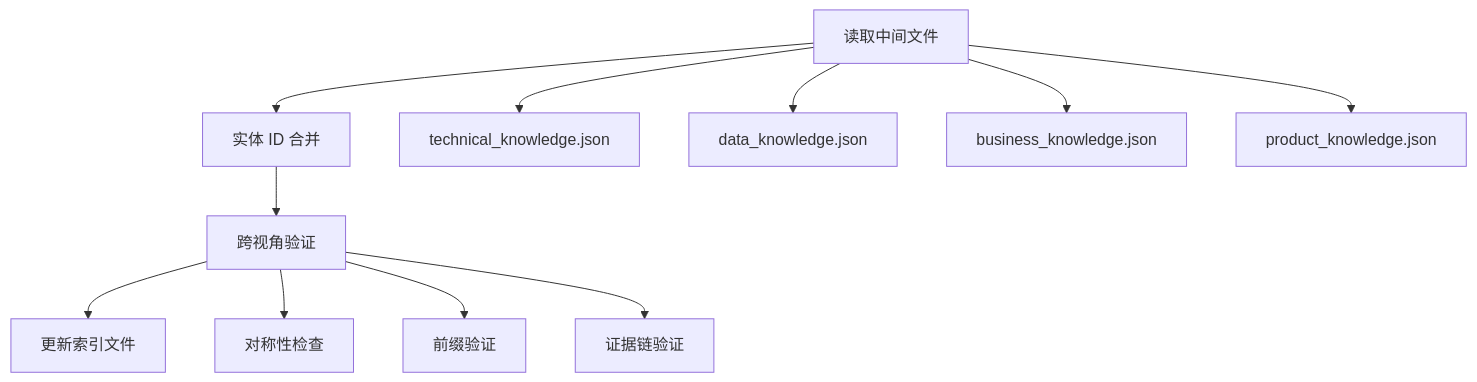
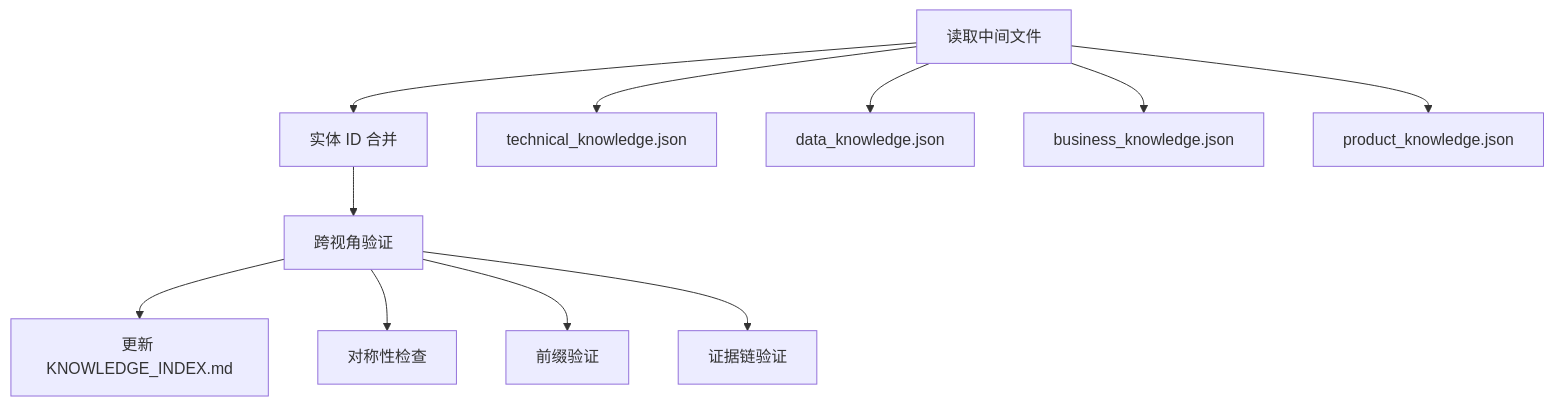
One commit to oleewen/ai-knowledge changed the diagram in .ai/skills/knowledge-build/reference/consolidation-spec.md. Above: the diagram before and after it, drawn with Mermaid. The commit also changed other lines of this file and 5 other files, not shown here.

````diff
--- a/.ai/skills/knowledge-build/reference/consolidation-spec.md
+++ b/.ai/skills/knowledge-build/reference/consolidation-spec.md
@@ -9,15 +9,15 @@
 ```mermaid
 graph TD
     A[读取中间文件] --> B[实体 ID 合并]
     B --> C[跨视角验证]
-    C --> D[更新索引文件]
+    C --> D[更新 KNOWLEDGE_INDEX.md]
 
     A --> A1[technical_knowledge.json]
     A --> A2[data_knowledge.json]
     A --> A3[business_knowledge.json]
     A --> A4[product_knowledge.json]
 
     C --> C1[对称性检查]
     C --> C2[前缀验证]
     C --> C3[证据链验证]
 ```
````
